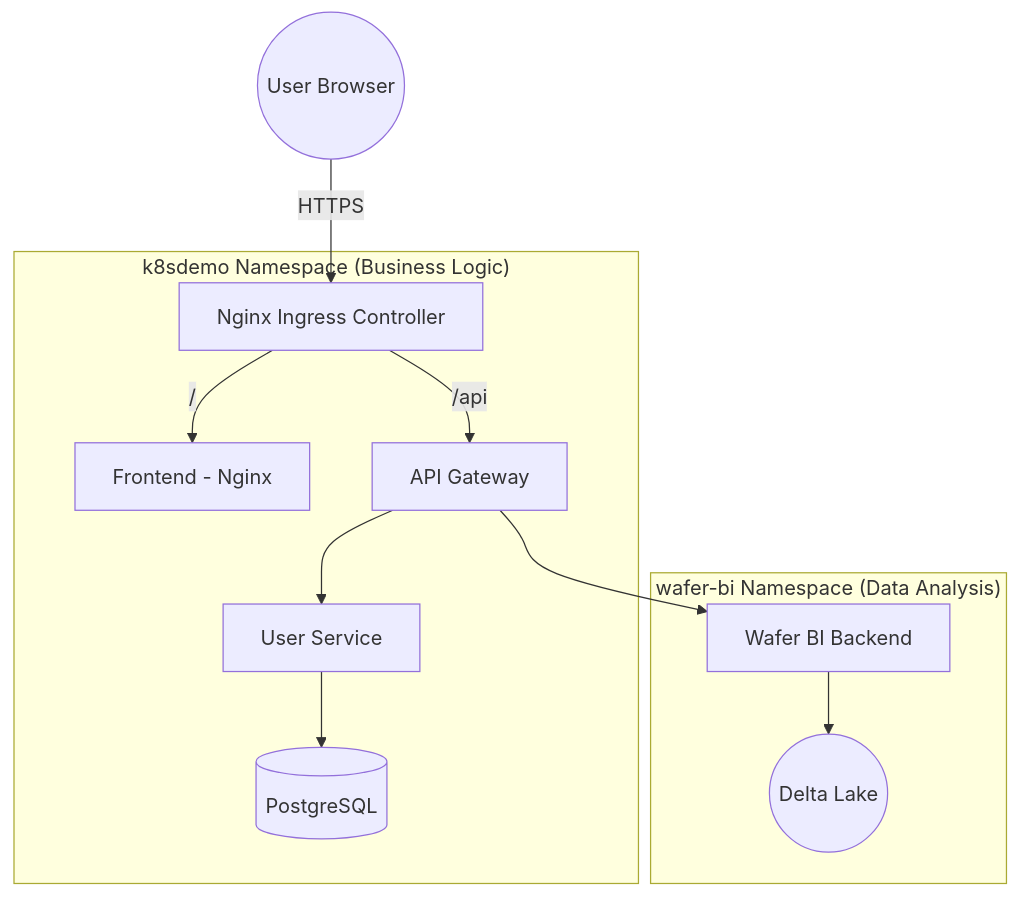
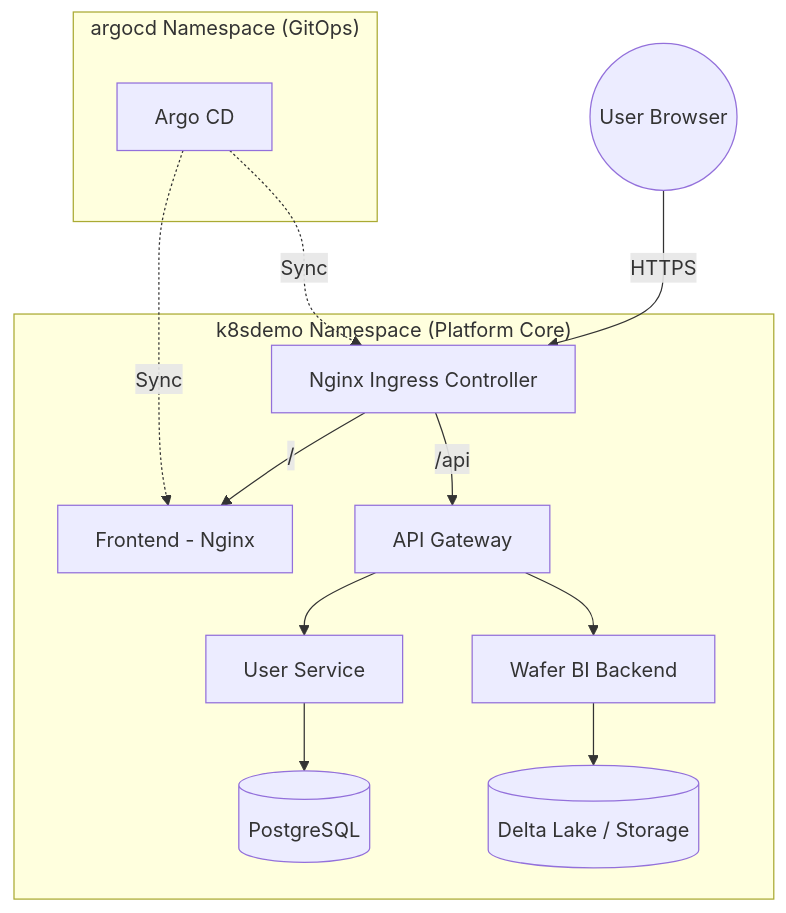
One commit to DarkSchneider1024/wafer-bi changed the first of 2 diagrams in docs/function-tech/system-architecture.md. Above: the diagram before and after it, drawn with Mermaid. The commit also changed other lines of this file, not shown here.

Commit message:
docs: align namespace documentation with real architecture

````diff
--- a/docs/function-tech/system-architecture.md
+++ b/docs/function-tech/system-architecture.md
@@ -25,16 +25,18 @@
 ```mermaid
 graph TD
     Client((User Browser)) -->|HTTPS| Ingress[Nginx Ingress Controller]
     
-    subgraph "k8sdemo Namespace (Business Logic)"
+    subgraph "k8sdemo Namespace (Platform Core)"
         Ingress -->|/| FE[Frontend - Nginx]
         Ingress -->|/api| GW[API Gateway]
         GW --> US[User Service]
+        GW --> WB[Wafer BI Backend]
         US --> DB[(PostgreSQL)]
+        WB --> DL[(Delta Lake / Storage)]
     end
-    
-    subgraph "wafer-bi Namespace (Data Analysis)"
-        GW --> WB[Wafer BI Backend]
-        WB --> DL((Delta Lake))
+
+    subgraph "argocd Namespace (GitOps)"
+        Argo[Argo CD] -.->|Sync| Ingress
+        Argo -.->|Sync| FE
     end
 ```
````
